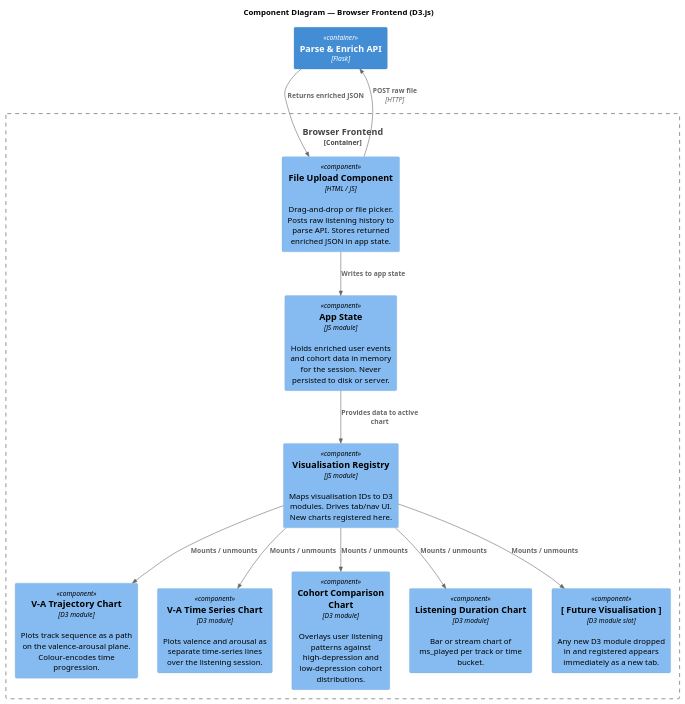
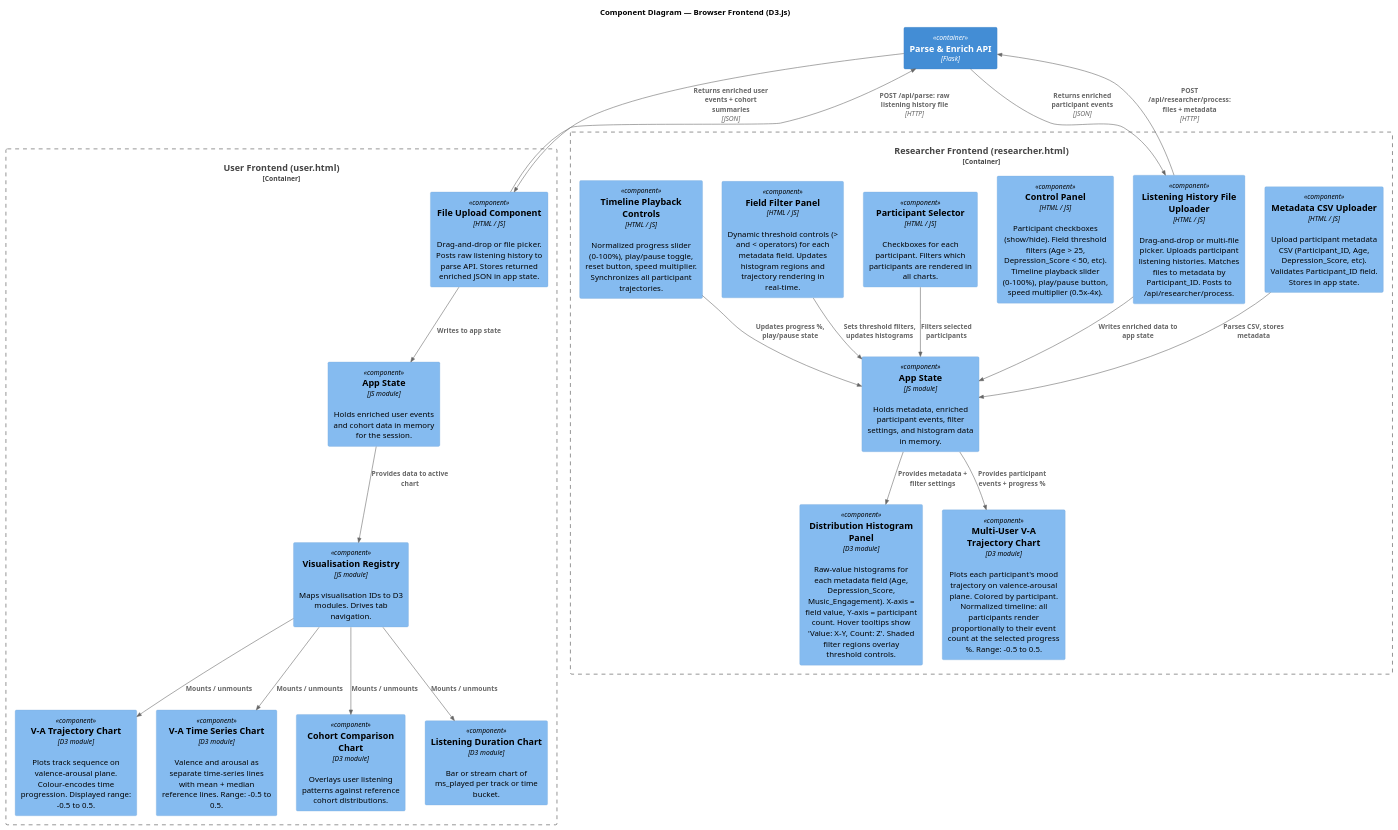
The diagram in documentation/C4/puml code/Frontend.puml (KJsquare9/Listening-History-App), drawn with PlantUML before and after one commit. The commit also changed 8 other files, not shown here.

```diff
--- a/documentation/C4/puml code/Frontend.puml
+++ b/documentation/C4/puml code/Frontend.puml
@@ -1,37 +1,65 @@
 @startuml C4_Component_SPA
 !include https://raw.githubusercontent.com/plantuml-stdlib/C4-PlantUML/master/C4_Component.puml
 
 title Component Diagram — Browser Frontend (D3.js)
 
-Container_Boundary(spa, "Browser Frontend") {
+Container_Boundary(user_spa, "User Frontend (user.html)") {
 
-    Component(uploader, "File Upload Component", "HTML / JS", "Drag-and-drop or file picker. Posts raw listening history to parse API. Stores returned enriched JSON in app state.")
+    Component(user_uploader, "File Upload Component", "HTML / JS", "Drag-and-drop or file picker. Posts raw listening history to parse API. Stores returned enriched JSON in app state.")
 
-    Component(state, "App State", "JS module", "Holds enriched user events and cohort data in memory for the session. Never persisted to disk or server.")
+    Component(user_state, "App State", "JS module", "Holds enriched user events and cohort data in memory for the session.")
 
-    Component(viz_registry, "Visualisation Registry", "JS module", "Maps visualisation IDs to D3 modules. Drives tab/nav UI. New charts registered here.")
+    Component(user_viz_registry, "Visualisation Registry", "JS module", "Maps visualisation IDs to D3 modules. Drives tab navigation.")
 
-    Component(va_trajectory, "V-A Trajectory Chart", "D3 module", "Plots track sequence as a path on the valence-arousal plane. Colour-encodes time progression.")
+    Component(va_trajectory, "V-A Trajectory Chart", "D3 module", "Plots track sequence on valence-arousal plane. Colour-encodes time progression. Displayed range: -0.5 to 0.5.")
 
-    Component(va_timeseries, "V-A Time Series Chart", "D3 module", "Plots valence and arousal as separate time-series lines over the listening session.")
+    Component(va_timeseries, "V-A Time Series Chart", "D3 module", "Valence and arousal as separate time-series lines with mean + median reference lines. Range: -0.5 to 0.5.")
 
-    Component(cohort_compare, "Cohort Comparison Chart", "D3 module", "Overlays user listening patterns against high-depression and low-depression cohort distributions.")
+    Component(cohort_compare, "Cohort Comparison Chart", "D3 module", "Overlays user listening patterns against reference cohort distributions.")
 
     Component(ms_played, "Listening Duration Chart", "D3 module", "Bar or stream chart of ms_played per track or time bucket.")
+}
 
-    Component(placeholder, "[ Future Visualisation ]", "D3 module slot", "Any new D3 module dropped in and registered appears immediately as a new tab.")
+Container_Boundary(researcher_spa, "Researcher Frontend (researcher.html)") {
+
+    Component(metadata_uploader, "Metadata CSV Uploader", "HTML / JS", "Upload participant metadata CSV (Participant_ID, Age, Depression_Score, etc). Validates Participant_ID field. Stores in app state.")
+
+    Component(file_uploader, "Listening History File Uploader", "HTML / JS", "Drag-and-drop or multi-file picker. Uploads participant listening histories. Matches files to metadata by Participant_ID. Posts to /api/researcher/process.")
+
+    Component(researcher_state, "App State", "JS module", "Holds metadata, enriched participant events, filter settings, and histogram data in memory.")
+
+    Component(researcher_controls, "Control Panel", "HTML / JS", "Participant checkboxes (show/hide). Field threshold filters (Age > 25, Depression_Score < 50, etc). Timeline playback slider (0-100%), play/pause button, speed multiplier (0.5x-4x).")
+
+    Component(participant_selector, "Participant Selector", "HTML / JS", "Checkboxes for each participant. Filters which participants are rendered in all charts.")
+
+    Component(field_filter_panel, "Field Filter Panel", "HTML / JS", "Dynamic threshold controls (> and < operators) for each metadata field. Updates histogram regions and trajectory rendering in real-time.")
+
+    Component(timeline_controls, "Timeline Playback Controls", "HTML / JS", "Normalized progress slider (0-100%), play/pause toggle, reset button, speed multiplier. Synchronizes all participant trajectories.")
+
+    Component(distribution_histogram, "Distribution Histogram Panel", "D3 module", "Raw-value histograms for each metadata field (Age, Depression_Score, Music_Engagement). X-axis = field value, Y-axis = participant count. Hover tooltips show 'Value: X–Y, Count: Z'. Shaded filter regions overlay threshold controls.")
+
+    Component(cohort_trajectory, "Multi-User V-A Trajectory Chart", "D3 module", "Plots each participant's mood trajectory on valence-arousal plane. Colored by participant. Normalized timeline: all participants render proportionally to their event count at the selected progress %. Range: -0.5 to 0.5.")
 }
 
 Container(api, "Parse & Enrich API", "Flask")
 
-Rel(uploader, api, "POST raw file", "HTTP")
-Rel(api, uploader, "Returns enriched JSON")
-Rel(uploader, state, "Writes to app state")
-Rel(state, viz_registry, "Provides data to active chart")
-Rel(viz_registry, va_trajectory, "Mounts / unmounts")
-Rel(viz_registry, va_timeseries, "Mounts / unmounts")
-Rel(viz_registry, cohort_compare, "Mounts / unmounts")
-Rel(viz_registry, ms_played, "Mounts / unmounts")
-Rel(viz_registry, placeholder, "Mounts / unmounts")
+Rel(user_uploader, api, "POST /api/parse: raw listening history file", "HTTP")
+Rel(api, user_uploader, "Returns enriched user events + cohort summaries", "JSON")
+Rel(user_uploader, user_state, "Writes to app state")
+Rel(user_state, user_viz_registry, "Provides data to active chart")
+Rel(user_viz_registry, va_trajectory, "Mounts / unmounts")
+Rel(user_viz_registry, va_timeseries, "Mounts / unmounts")
+Rel(user_viz_registry, cohort_compare, "Mounts / unmounts")
+Rel(user_viz_registry, ms_played, "Mounts / unmounts")
+
+Rel(metadata_uploader, researcher_state, "Parses CSV, stores metadata")
+Rel(file_uploader, api, "POST /api/researcher/process: files + metadata", "HTTP")
+Rel(api, file_uploader, "Returns enriched participant events", "JSON")
+Rel(file_uploader, researcher_state, "Writes enriched data to app state")
+Rel(participant_selector, researcher_state, "Filters selected participants")
+Rel(field_filter_panel, researcher_state, "Sets threshold filters, updates histograms")
+Rel(timeline_controls, researcher_state, "Updates progress %, play/pause state")
+Rel(researcher_state, distribution_histogram, "Provides metadata + filter settings")
+Rel(researcher_state, cohort_trajectory, "Provides participant events + progress %")
 
 @enduml
```
